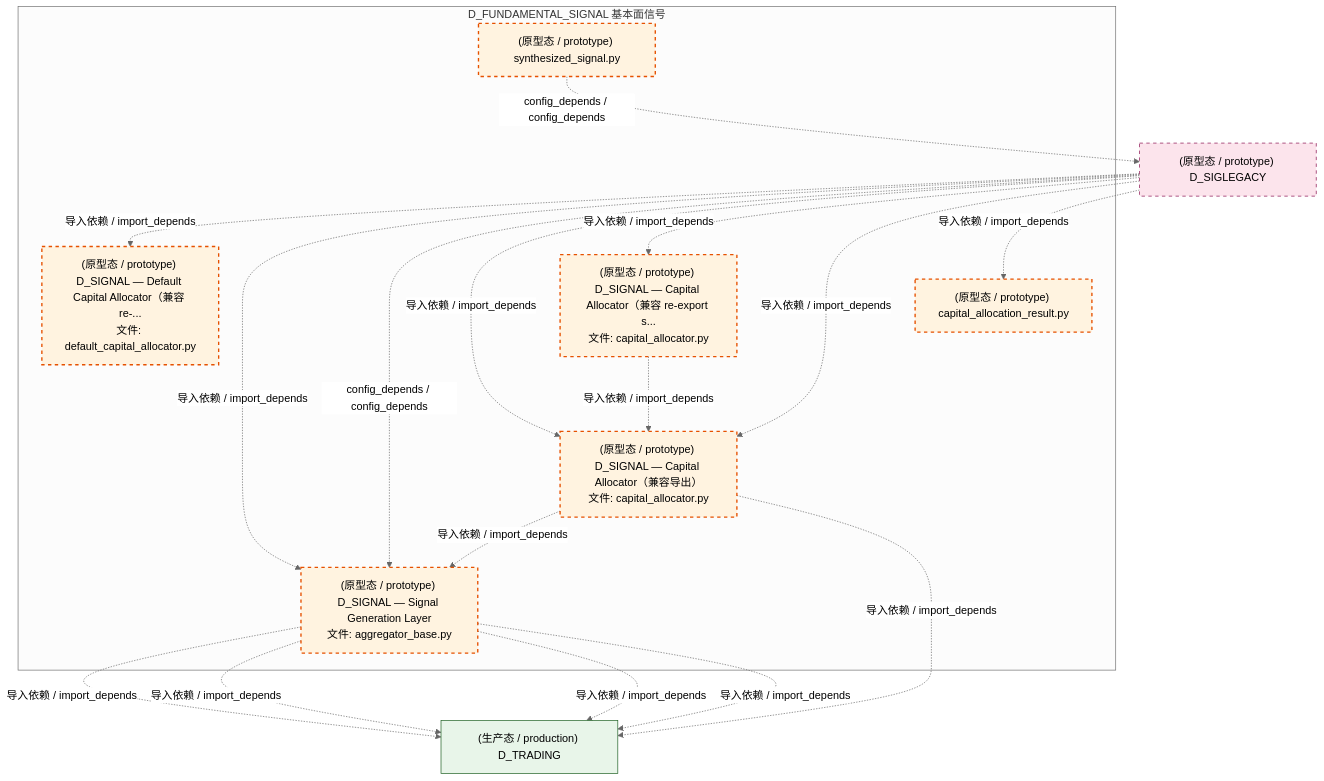
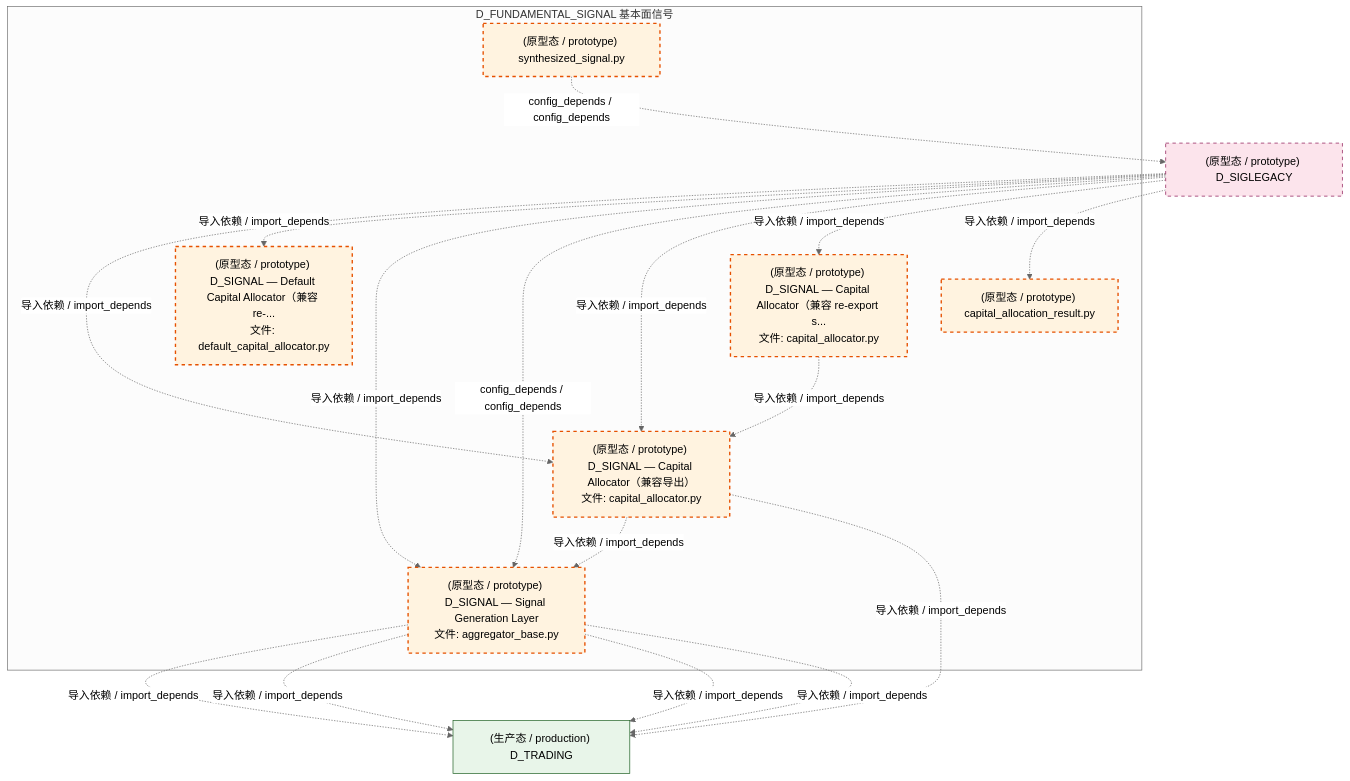
Before and after one commit to xuanFelixVan/ZephyrAlpha: the third of 4 diagrams in docs/02_enterprise_architecture/02_domain_architecture_docs/37_d_fundamental_signal.md, drawn with Mermaid (neutral theme). The commit also changed other lines of this file and 126 other files, not shown here.

````diff
--- a/docs/02_enterprise_architecture/02_domain_architecture_docs/37_d_fundamental_signal.md
+++ b/docs/02_enterprise_architecture/02_domain_architecture_docs/37_d_fundamental_signal.md
@@ -177,35 +177,35 @@
 ```mermaid
 graph TD
     subgraph D_FUNDAMENTAL_SIGNAL["D_FUNDAMENTAL_SIGNAL 基本面信号"]
         src_zephyr_signal_fundamental_capital_capital_allocation_result_py["(原型态 / prototype) capital_allocation_result.py"]
         src_zephyr_signal_fundamental_capital_capital_allocator_py["(原型态 / prototype) D_SIGNAL — Capital Allocator（兼容 re-export s...<br/>文件: capital_allocator.py"]
         src_zephyr_signal_fundamental_capital_default_capital_allocator_py["(原型态 / prototype) D_SIGNAL — Default Capital Allocator（兼容 re-...<br/>文件: default_capital_allocator.py"]
         src_zephyr_signal_fundamental_combiner_synthesized_signal_py["(原型态 / prototype) synthesized_signal.py"]
         src_zephyr_signal_fundamental_gen_aggregator_base_py["(原型态 / prototype) D_SIGNAL — Signal Generation Layer<br/>文件: aggregator_base.py"]
         src_zephyr_signal_fundamental_strategy_capital_allocator_py["(原型态 / prototype) D_SIGNAL — Capital Allocator（兼容导出）<br/>文件: capital_allocator.py"]
     end
     src_zephyr_signal_fundamental_capital_capital_allocator_py -.->|导入依赖 / import_depends| src_zephyr_signal_fundamental_strategy_capital_allocator_py
     src_zephyr_signal_fundamental_strategy_capital_allocator_py -.->|导入依赖 / import_depends| src_zephyr_signal_fundamental_gen_aggregator_base_py
     D_TRADING["(生产态 / production) D_TRADING"]
     src_zephyr_signal_fundamental_gen_aggregator_base_py -.->|导入依赖 / import_depends| D_TRADING
     src_zephyr_signal_fundamental_gen_aggregator_base_py -.->|导入依赖 / import_depends| D_TRADING
     D_SIGLEGACY["(原型态 / prototype) D_SIGLEGACY"]
     src_zephyr_signal_fundamental_combiner_synthesized_signal_py -.->|config_depends / config_depends| D_SIGLEGACY
     src_zephyr_signal_fundamental_gen_aggregator_base_py -.->|导入依赖 / import_depends| D_TRADING
     src_zephyr_signal_fundamental_strategy_capital_allocator_py -.->|导入依赖 / import_depends| D_TRADING
     src_zephyr_signal_fundamental_gen_aggregator_base_py -.->|导入依赖 / import_depends| D_TRADING
+    D_SIGLEGACY -.->|导入依赖 / import_depends| src_zephyr_signal_fundamental_strategy_capital_allocator_py
     D_SIGLEGACY -.->|导入依赖 / import_depends| src_zephyr_signal_fundamental_capital_default_capital_allocator_py
     D_SIGLEGACY -.->|导入依赖 / import_depends| src_zephyr_signal_fundamental_gen_aggregator_base_py
     D_SIGLEGACY -.->|config_depends / config_depends| src_zephyr_signal_fundamental_gen_aggregator_base_py
     D_SIGLEGACY -.->|导入依赖 / import_depends| src_zephyr_signal_fundamental_strategy_capital_allocator_py
     D_SIGLEGACY -.->|导入依赖 / import_depends| src_zephyr_signal_fundamental_capital_capital_allocator_py
-    D_SIGLEGACY -.->|导入依赖 / import_depends| src_zephyr_signal_fundamental_strategy_capital_allocator_py
     D_SIGLEGACY -.->|导入依赖 / import_depends| src_zephyr_signal_fundamental_capital_capital_allocation_result_py
     classDef production fill:#e1f5fe,stroke:#01579b,stroke-width:2px,color:#000
     classDef design fill:#fff3e0,stroke:#e65100,stroke-width:2px,color:#000,stroke-dasharray: 5 5
     classDef external_prod fill:#e8f5e9,stroke:#1b5e20,stroke-width:1px,color:#000
     classDef external_design fill:#fce4ec,stroke:#880e4f,stroke-width:1px,color:#000,stroke-dasharray: 5 5
     class src_zephyr_signal_fundamental_capital_capital_allocation_result_py,src_zephyr_signal_fundamental_capital_capital_allocator_py,src_zephyr_signal_fundamental_capital_default_capital_allocator_py,src_zephyr_signal_fundamental_combiner_synthesized_signal_py,src_zephyr_signal_fundamental_gen_aggregator_base_py,src_zephyr_signal_fundamental_strategy_capital_allocator_py design
     class D_TRADING external_prod
     class D_SIGLEGACY external_design
 ```
````
